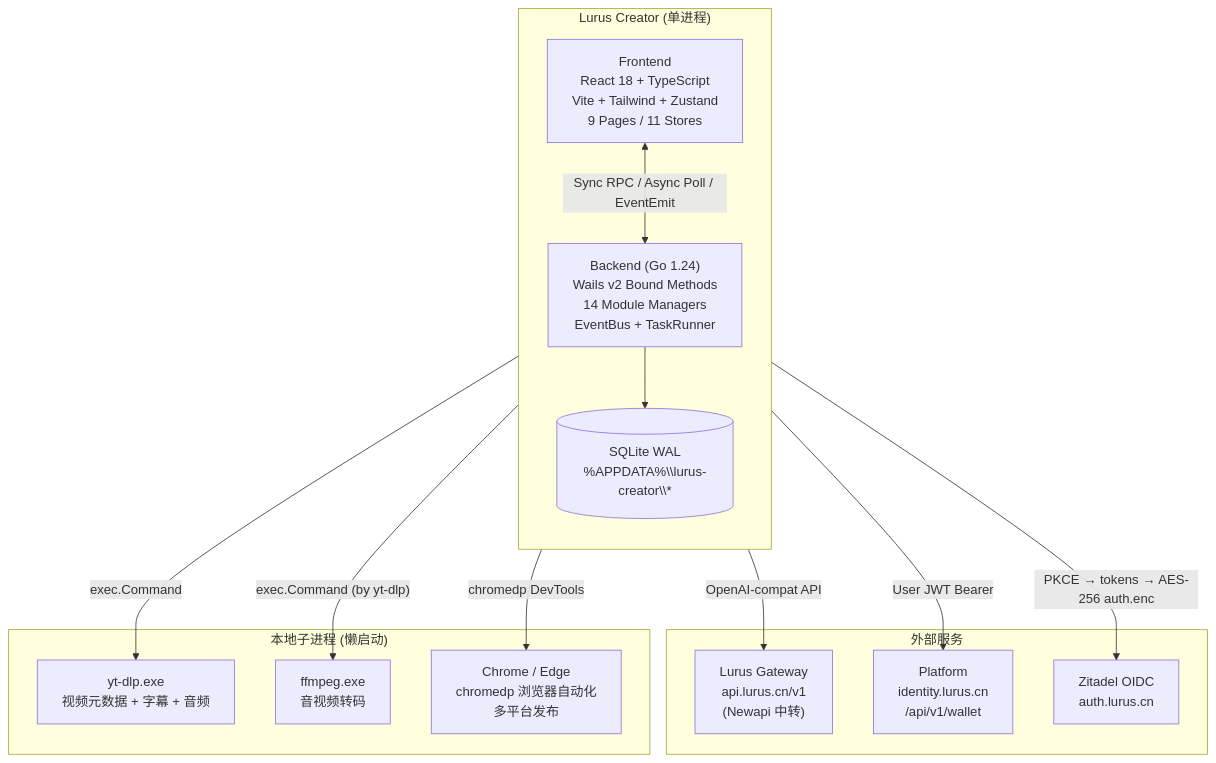
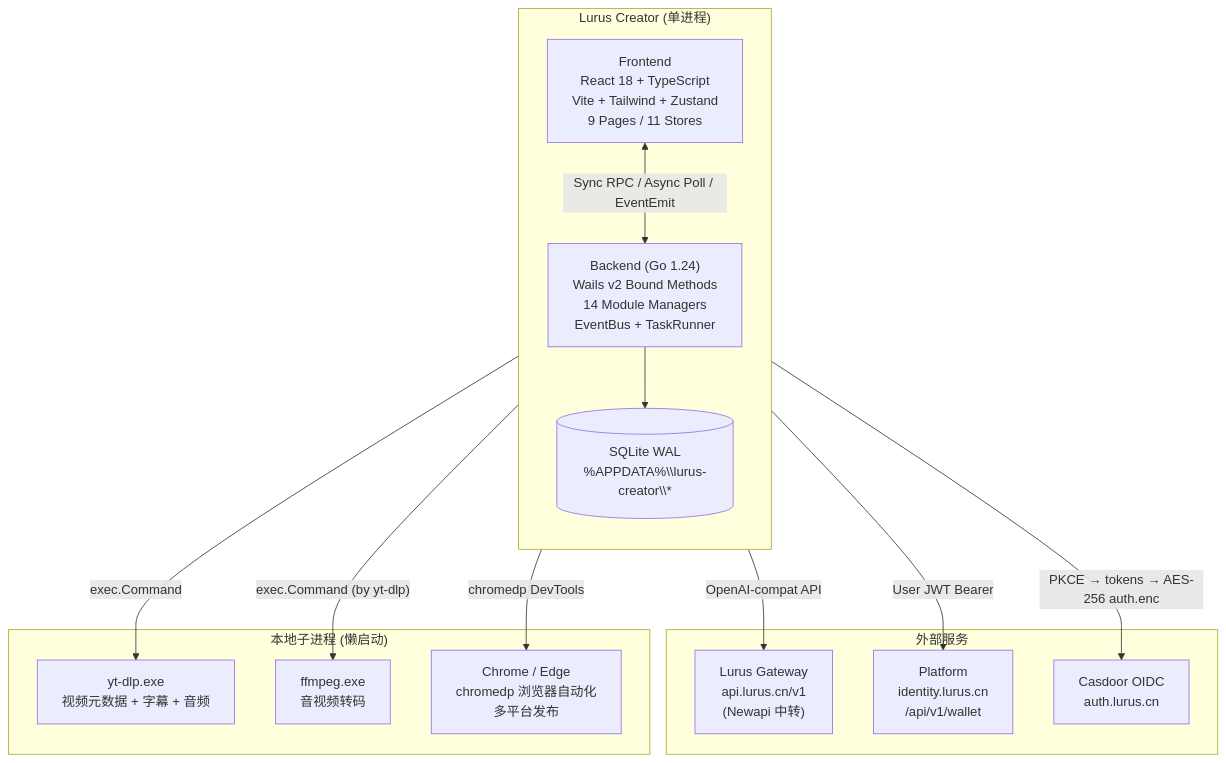
The first of 5 diagrams in internal/products/creator.md (hanmahong5-arch/lurus-docs), drawn with Mermaid before and after one commit. The commit also changed other lines of this file and 30 other files, not shown here.

Commit message:
docs(internal): IdP 术语同步 Zitadel → Casdoor(vendor-neutral OIDC 迁移文档面)

````diff
--- a/internal/products/creator.md
+++ b/internal/products/creator.md
@@ -50,31 +50,31 @@
 ```mermaid
 flowchart TB
     subgraph Desktop["Lurus Creator (单进程)"]
         direction TB
         FE["Frontend\nReact 18 + TypeScript\nVite + Tailwind + Zustand\n9 Pages / 11 Stores"]
         BE["Backend (Go 1.24)\nWails v2 Bound Methods\n14 Module Managers\nEventBus + TaskRunner"]
         DB[("SQLite WAL\n%APPDATA%\\lurus-creator\\*")]
 
         FE <-->|"Sync RPC / Async Poll / EventEmit"| BE
         BE --> DB
     end
 
     subgraph External["外部服务"]
         GW["Lurus Gateway\napi.lurus.cn/v1\n(Newapi 中转)"]
         PLT["Platform\nidentity.lurus.cn\n/api/v1/wallet"]
-        AUTH["Zitadel OIDC\nauth.lurus.cn"]
+        AUTH["Casdoor OIDC\nauth.lurus.cn"]
     end
 
     subgraph LocalProc["本地子进程 (懒启动)"]
         YT["yt-dlp.exe\n视频元数据 + 字幕 + 音频"]
         FF["ffmpeg.exe\n音视频转码"]
         CR["Chrome / Edge\nchromedp 浏览器自动化\n多平台发布"]
     end
 
     BE -->|"OpenAI-compat API"| GW
     BE -->|"User JWT Bearer"| PLT
     BE -->|"PKCE → tokens → AES-256 auth.enc"| AUTH
     BE -->|"exec.Command"| YT
     BE -->|"exec.Command (by yt-dlp)"| FF
     BE -->|"chromedp DevTools"| CR
 ```
````
